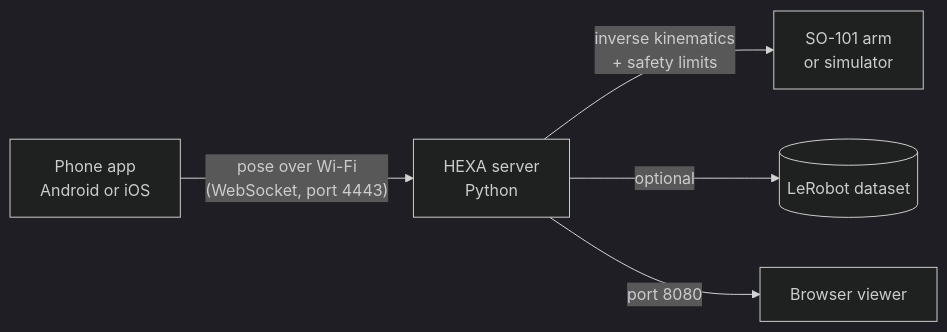
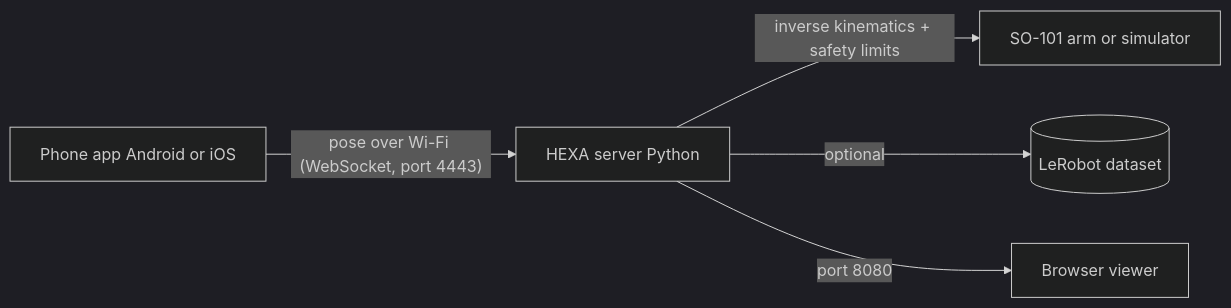
One commit to Deepakk-06/hexaa changed the diagram in README.md. Above: the diagram before and after it, drawn with Mermaid (dark theme). The commit also changed other lines of this file, not shown here.

Commit message:
Fix diagram, add team credits

````diff
--- a/README.md
+++ b/README.md
@@ -67,7 +67,7 @@
 ```mermaid
 flowchart LR
-    A[Phone app<br/>Android or iOS] -- "pose over Wi-Fi<br/>(WebSocket, port 4443)" --> B[HEXA server<br/>Python]
-    B -- inverse kinematics<br/>+ safety limits --> C[SO-101 arm<br/>or simulator]
-    B -- optional --> D[(LeRobot dataset)]
-    B -- port 8080 --> E[Browser viewer]
+    A[Phone app Android or iOS] -- "pose over Wi-Fi (WebSocket, port 4443)" --> B[HEXA server Python]
+    B -- "inverse kinematics + safety limits" --> C[SO-101 arm or simulator]
+    B -- "optional" --> D[(LeRobot dataset)]
+    B -- "port 8080" --> E[Browser viewer]
 ```
````
